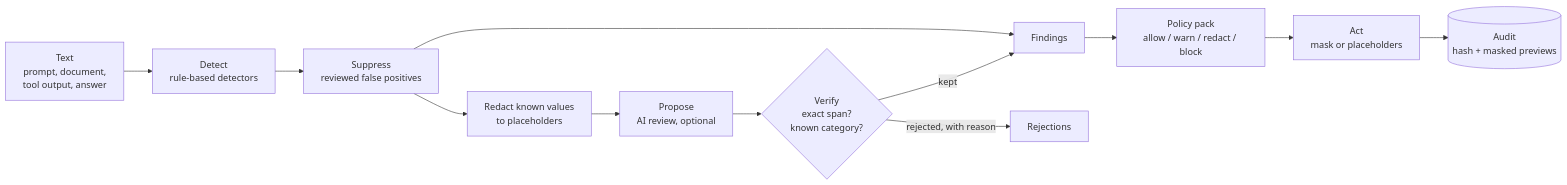
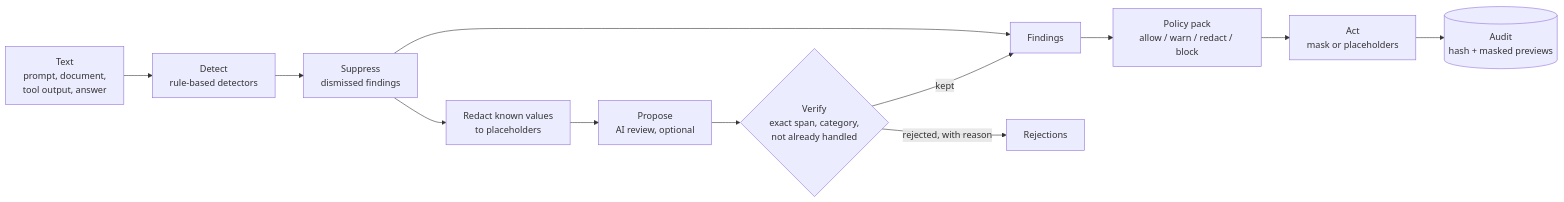
One commit to abulslab/Zero-Trust-Prompt-Shield changed the diagram in README.md. Above: the diagram before and after it, drawn with Mermaid. The commit also changed other lines of this file and 25 other files, not shown here.

````diff
--- a/README.md
+++ b/README.md
@@ -48,14 +181,14 @@
 ```mermaid
 flowchart LR
     T[Text<br/>prompt, document,<br/>tool output, answer] --> D[Detect<br/>rule-based detectors]
-    D --> S[Suppress<br/>reviewed false positives]
+    D --> S[Suppress<br/>dismissed findings]
     S --> R[Redact known values<br/>to placeholders]
     R --> P[Propose<br/>AI review, optional]
-    P --> V{Verify<br/>exact span?<br/>known category?}
+    P --> V{Verify<br/>exact span, category,<br/>not already handled}
     V -->|kept| F[Findings]
     V -->|rejected, with reason| X[Rejections]
     S --> F
     F --> PO[Policy pack<br/>allow / warn / redact / block]
     PO --> A[Act<br/>mask or placeholders]
     A --> AU[(Audit<br/>hash + masked previews)]
 ```
````
